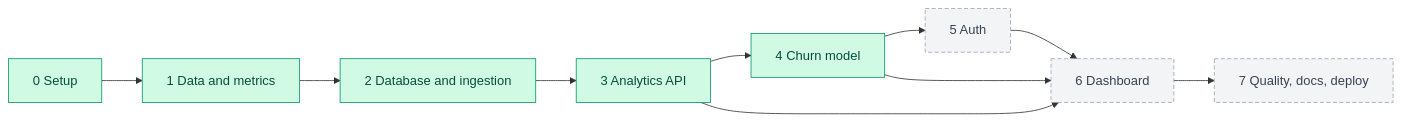
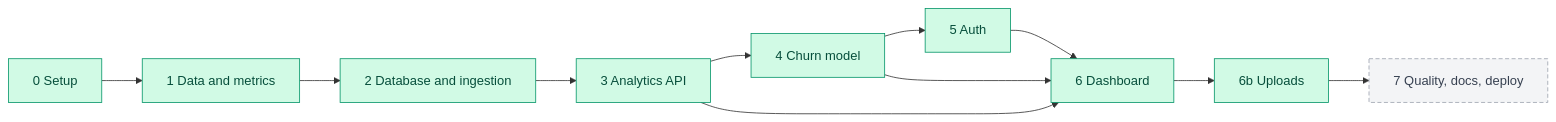
Before and after one commit to yashdiwan12/Churnscope: the diagram in docs/10-project-history.md, drawn with Mermaid. The commit also changed other lines of this file and 16 other files, not shown here.

````diff
--- a/docs/10-project-history.md
+++ b/docs/10-project-history.md
@@ -5,17 +5,18 @@
 ```mermaid
 flowchart LR
     p0["0 Setup"] --> p1["1 Data and metrics"]
     p1 --> p2["2 Database and ingestion"]
     p2 --> p3["3 Analytics API"]
     p3 --> p4["4 Churn model"]
     p4 --> p5["5 Auth"]
     p5 --> p6["6 Dashboard"]
-    p6 --> p7["7 Quality, docs, deploy"]
+    p6 --> p6b["6b Uploads"]
+    p6b --> p7["7 Quality, docs, deploy"]
     p3 --> p6
     p4 --> p6
 
-    class p0,p1,p2,p3,p4 built
-    class p5,p6,p7 planned
+    class p0,p1,p2,p3,p4,p5,p6,p6b built
+    class p7 planned
     classDef built fill:#d1fae5,stroke:#059669,color:#064e3b
     classDef planned fill:#f3f4f6,stroke:#9ca3af,stroke-dasharray: 5 3,color:#374151
 ```
````
